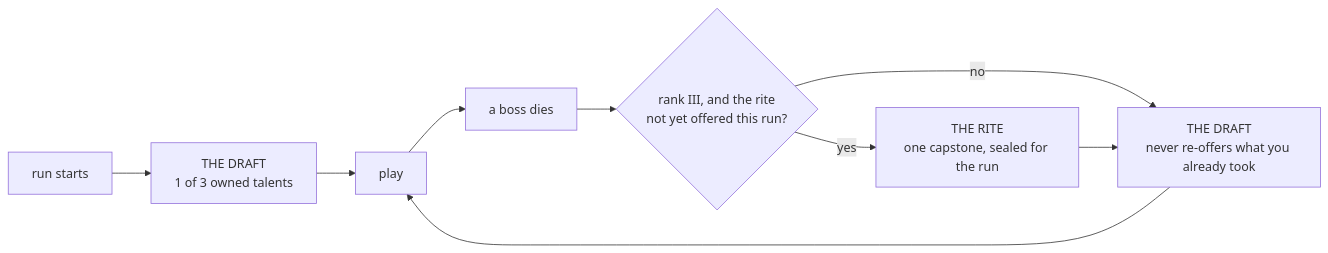
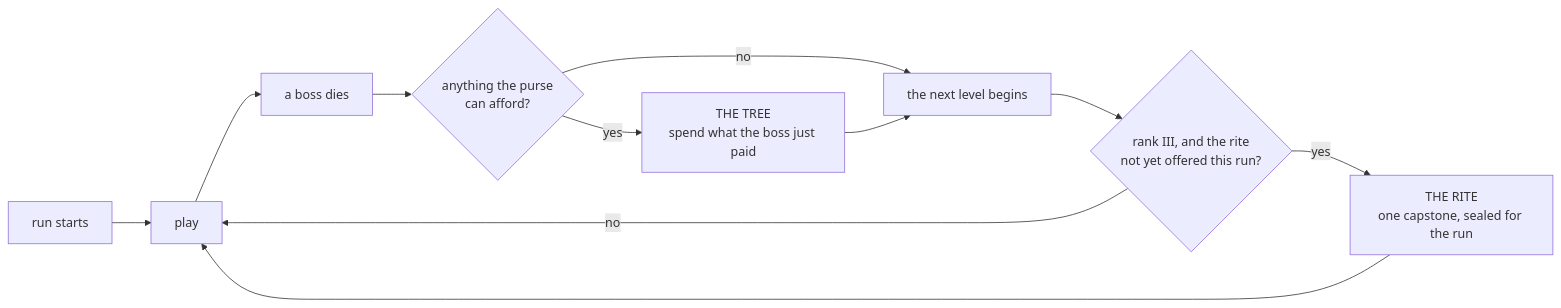
One commit to MrBisonte/crow-archer changed the third of 3 diagrams in docs/talents.md. Above: the diagram before and after it, drawn with Mermaid. The commit also changed other lines of this file and 44 other files, not shown here.

````diff
--- a/docs/talents.md
+++ b/docs/talents.md
@@ -354,11 +358,13 @@
 ```mermaid
 flowchart LR
-    start["run starts"] --> d1["THE DRAFT\n1 of 3 owned talents"]
-    d1 --> play["play"]
+    start["run starts"] --> play["play"]
     play --> boss["a boss dies"]
-    boss --> q{"rank III, and the rite\nnot yet offered this run?"}
+    boss --> t{"anything the purse\ncan afford?"}
+    t -->|yes| tree["THE TREE\nspend what the boss just paid"]
+    t -->|no| nxt
+    tree --> nxt["the next level begins"]
+    nxt --> q{"rank III, and the rite\nnot yet offered this run?"}
     q -->|yes| r["THE RITE\none capstone, sealed for the run"]
-    q -->|no| d2["THE DRAFT\nnever re-offers what you already took"]
-    r --> d2
-    d2 --> play
+    q -->|no| play
+    r --> play
 ```
````
